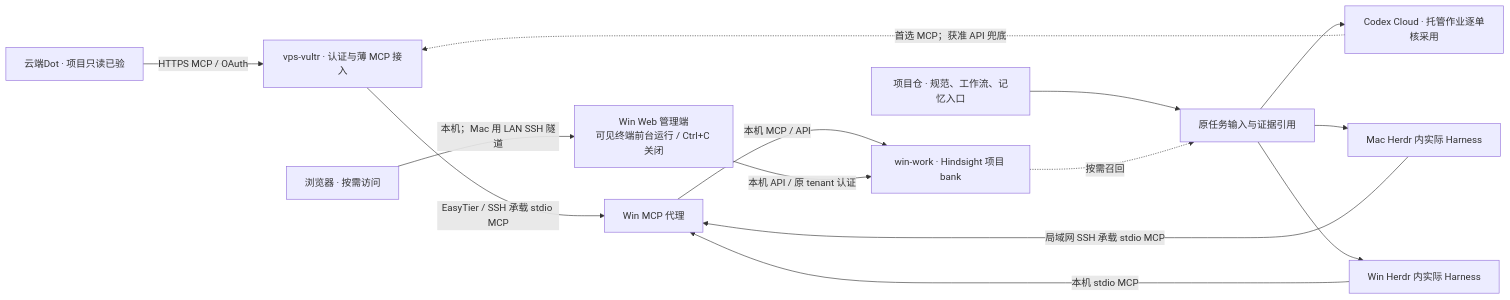
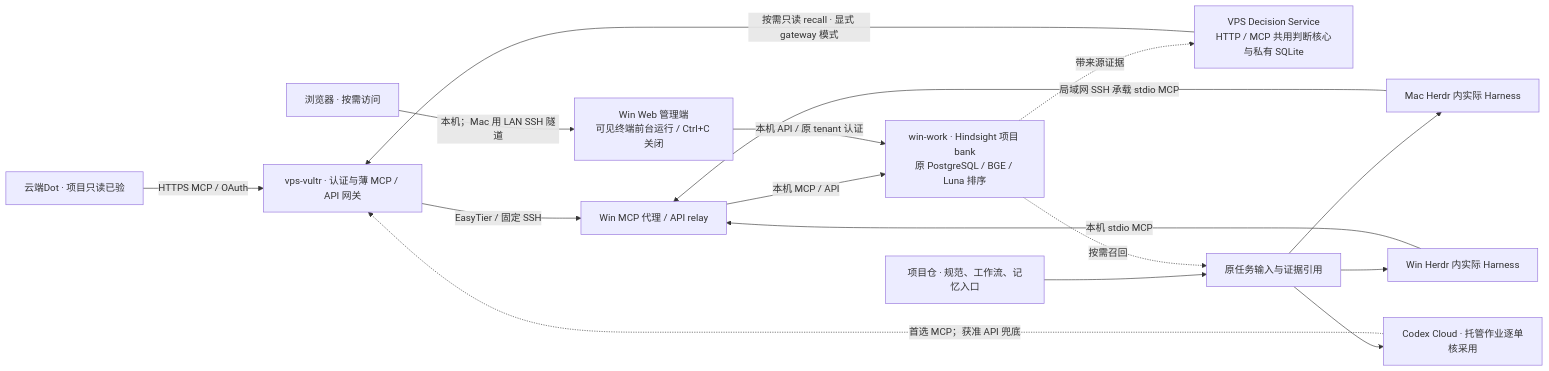
One commit to CF-FE/herdr-4-codexcloud changed the diagram in docs/hindsight-memory-integration.md. Above: the diagram before and after it, drawn with Mermaid. The commit also changed other lines of this file and 16 other files, not shown here.

Commit message:
docs: align architecture and model policy adoption boundaries

````diff
--- a/docs/hindsight-memory-integration.md
+++ b/docs/hindsight-memory-integration.md
@@ -17,16 +17,18 @@
 ```mermaid
 flowchart LR
-    dot["云端Dot · 项目只读已验"] -->|"HTTPS MCP / OAuth"| vps["vps-vultr · 认证与薄 MCP 接入"]
+    dot["云端Dot · 项目只读已验"] -->|"HTTPS MCP / OAuth"| vps["vps-vultr · 认证与薄 MCP / API 网关"]
     cloud["Codex Cloud · 托管作业逐单核采用"] -.->|"首选 MCP；获准 API 兜底"| vps
-    vps -->|"EasyTier / SSH 承载 stdio MCP"| proxy["Win MCP 代理"]
+    ds["VPS Decision Service<br/>HTTP / MCP 共用判断核心与私有 SQLite"] -->|"按需只读 recall · 显式 gateway 模式"| vps
+    vps -->|"EasyTier / 固定 SSH"| proxy["Win MCP 代理 / API relay"]
     mac["Mac Herdr 内实际 Harness"] -->|"局域网 SSH 承载 stdio MCP"| proxy
     win["Win Herdr 内实际 Harness"] -->|"本机 stdio MCP"| proxy
-    proxy -->|"本机 MCP / API"| memory["win-work · Hindsight 项目 bank"]
+    proxy -->|"本机 MCP / API"| memory["win-work · Hindsight 项目 bank<br/>原 PostgreSQL / BGE / Luna 排序"]
     browser["浏览器 · 按需访问"] -->|"本机；Mac 用 LAN SSH 隧道"| ui["Win Web 管理端<br/>可见终端前台运行 / Ctrl+C 关闭"]
     ui -->|"本机 API / 原 tenant 认证"| memory
     repo["项目仓 · 规范、工作流、记忆入口"] --> task["原任务输入与证据引用"]
+    memory -."带来源证据".-> ds
     memory -."按需召回".-> task
     task --> cloud
     task --> mac
     task --> win
 ```
````
